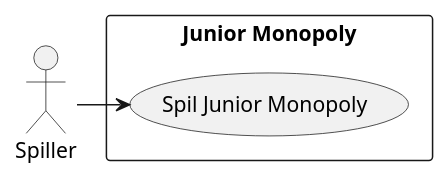
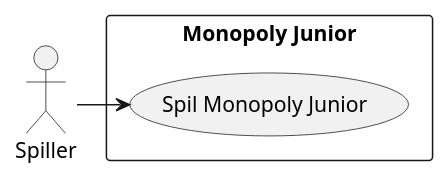
One commit to Greve2001/CDIO3 changed the diagram in diagrams/UC_Diagram.puml. Above: the diagram before and after it, drawn with PlantUML.

Commit message:
corrected game name

```diff
--- a/diagrams/UC_Diagram.puml
+++ b/diagrams/UC_Diagram.puml
@@ -1,11 +1,11 @@
 @startuml
 'https://plantuml.com/use-case-diagram
 
 ' Initial draft of the UC Diagram
 
-rectangle "Junior Monopoly" {
-    usecase (Spil Junior Monopoly) as play
+rectangle "Monopoly Junior" {
+    usecase (Spil Monopoly Junior) as play
 }
 
 Spiller -> play
 @enduml
```
